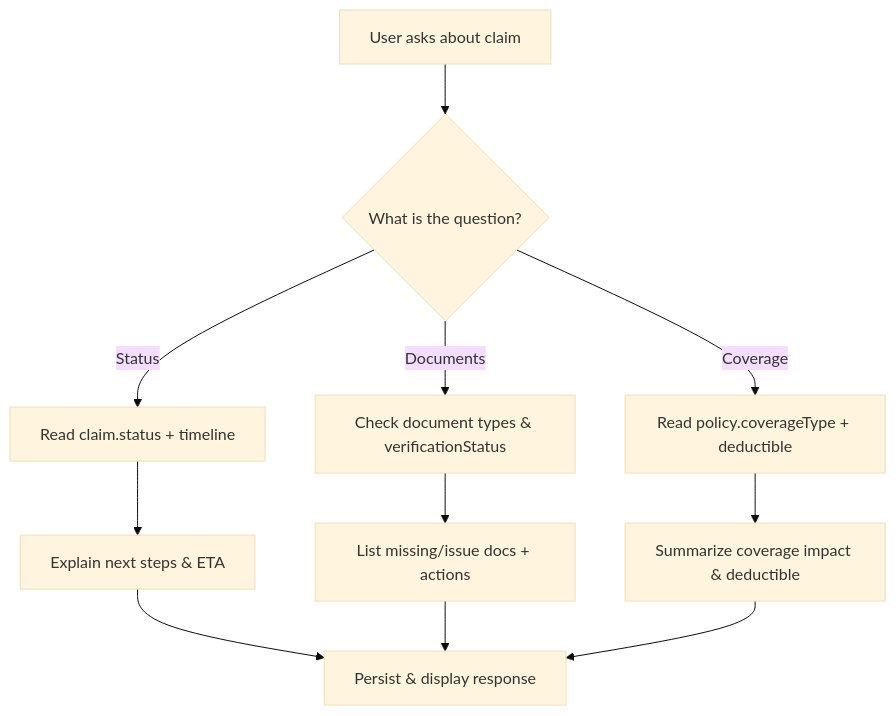
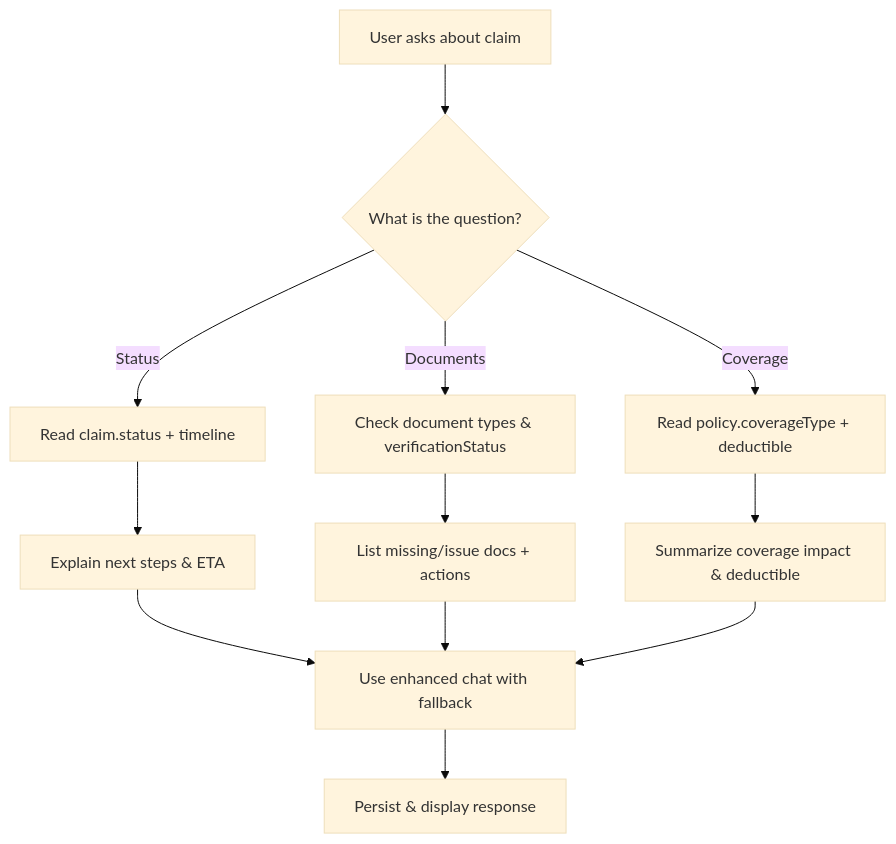
The sixth of 8 diagrams in .qoder/repowiki/en/content/AI Services Integration/Claim Assistant Chat Service.md (NaveenHiranya/Smart-Vehicle-Insurance-Claim-System), drawn with Mermaid (base theme) before and after one commit. The commit also changed other lines of this file and 41 other files, not shown here.

````diff
--- a/.qoder/repowiki/en/content/AI Services Integration/Claim Assistant Chat Service.md
+++ b/.qoder/repowiki/en/content/AI Services Integration/Claim Assistant Chat Service.md
@@ -197,13 +233,14 @@
 ```mermaid
 flowchart TD
 A["User asks about claim"] --> B{"What is the question?"}
 B --> |Status| C["Read claim.status + timeline"]
 B --> |Documents| D["Check document types & verificationStatus"]
 B --> |Coverage| E["Read policy.coverageType + deductible"]
 C --> F["Explain next steps & ETA"]
 D --> G["List missing/issue docs + actions"]
 E --> H["Summarize coverage impact & deductible"]
-F --> I["Persist & display response"]
+F --> I["Use enhanced chat with fallback"]
 G --> I
 H --> I
+I --> J["Persist & display response"]
 ```
````
